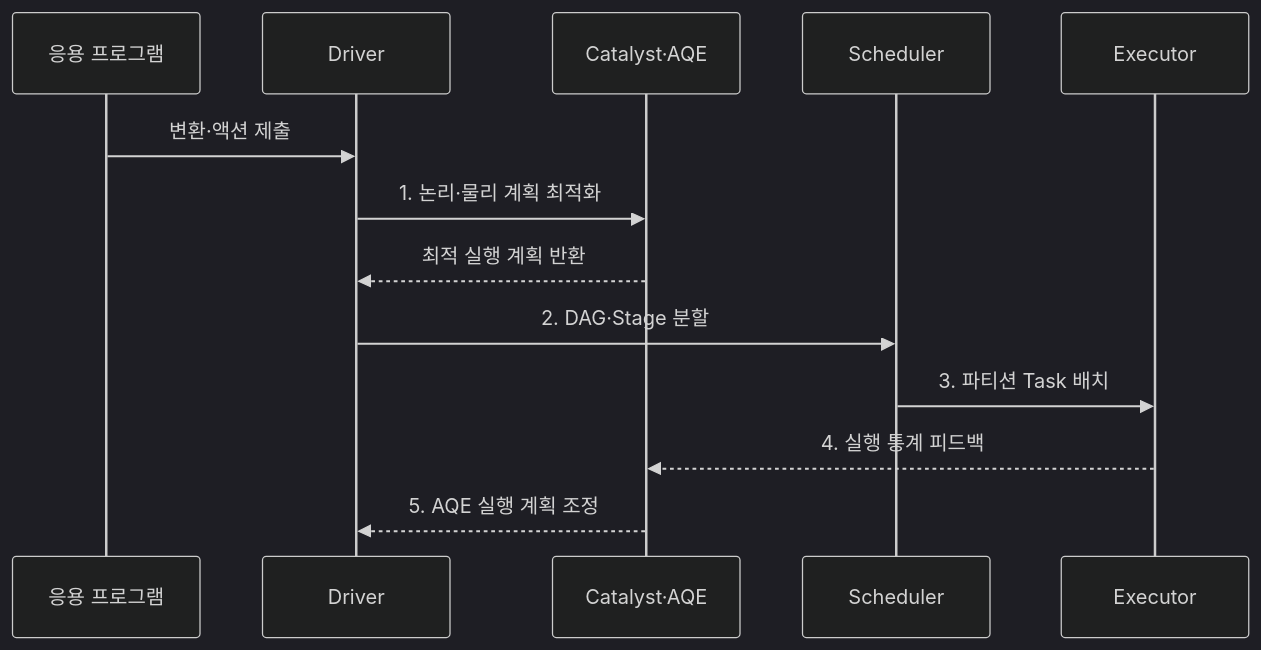
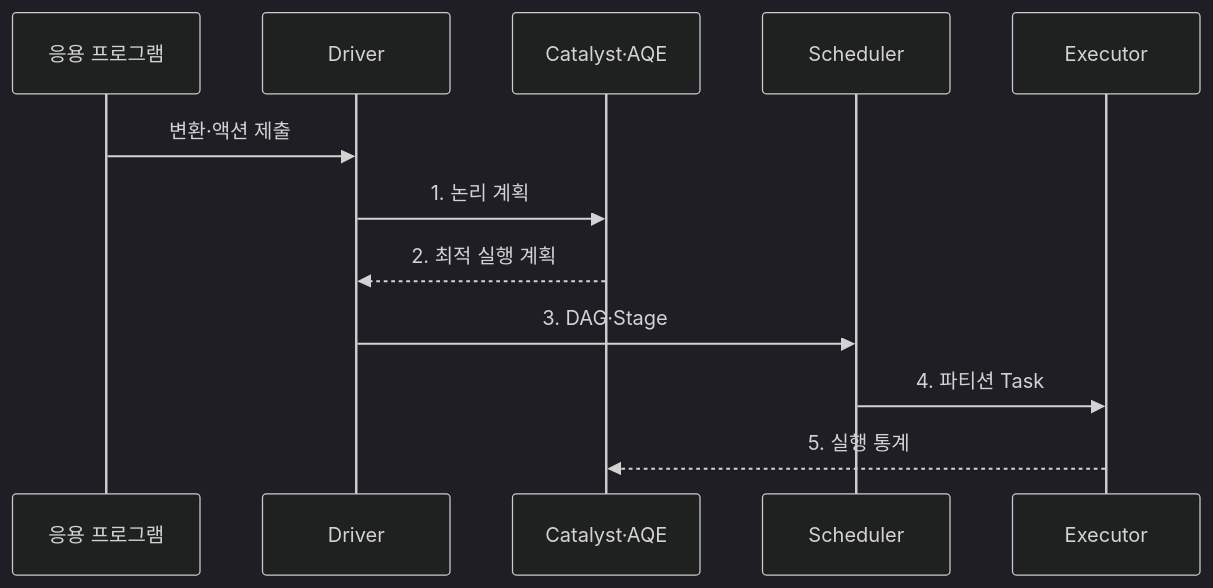
The second of 2 diagrams in src/content/docs/notes/03-software/117_apache_spark.md (agnusdei1207/knowledge-base), drawn with Mermaid (dark theme) before and after one commit. The commit also changed other lines of this file and 20 other files, not shown here.

````diff
--- a/src/content/docs/notes/03-software/117_apache_spark.md
+++ b/src/content/docs/notes/03-software/117_apache_spark.md
@@ -91,15 +98,14 @@
 ```mermaid
 sequenceDiagram
     participant U as 응용 프로그램
     participant D as Driver
     participant C as Catalyst·AQE
     participant S as Scheduler
     participant E as Executor
     U->>D: 변환·액션 제출
-    D->>C: 1. 논리·물리 계획 최적화
-    C-->>D: 최적 실행 계획 반환
-    D->>S: 2. DAG·Stage 분할
-    S->>E: 3. 파티션 Task 배치
-    E-->>C: 4. 실행 통계 피드백
-    C-->>D: 5. AQE 실행 계획 조정
+    D->>C: 1. 논리 계획
+    C-->>D: 2. 최적 실행 계획
+    D->>S: 3. DAG·Stage
+    S->>E: 4. 파티션 Task
+    E-->>C: 5. 실행 통계
 ```
````
